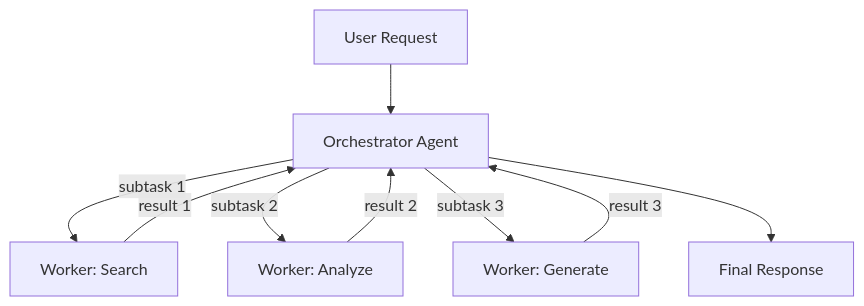
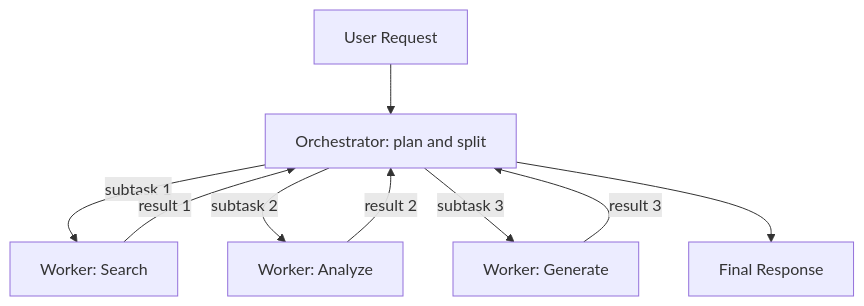
One commit to Hmago/ml4 changed the sixth of 7 diagrams in content/18_ai_agents.md. Above: the diagram before and after it, drawn with Mermaid. The commit also changed other lines of this file and 211 other files, not shown here.

````diff
--- a/content/18_ai_agents.md
+++ b/content/18_ai_agents.md
@@ -559,11 +1035,11 @@
 ```mermaid
 graph TD
-    U[User Request] --> O[Orchestrator Agent]
+    U[User Request] --> O[Orchestrator: plan and split]
     O -->|subtask 1| W1[Worker: Search]
     O -->|subtask 2| W2[Worker: Analyze]
     O -->|subtask 3| W3[Worker: Generate]
     W1 -->|result 1| O
     W2 -->|result 2| O
     W3 -->|result 3| O
     O --> R[Final Response]
 ```
````
